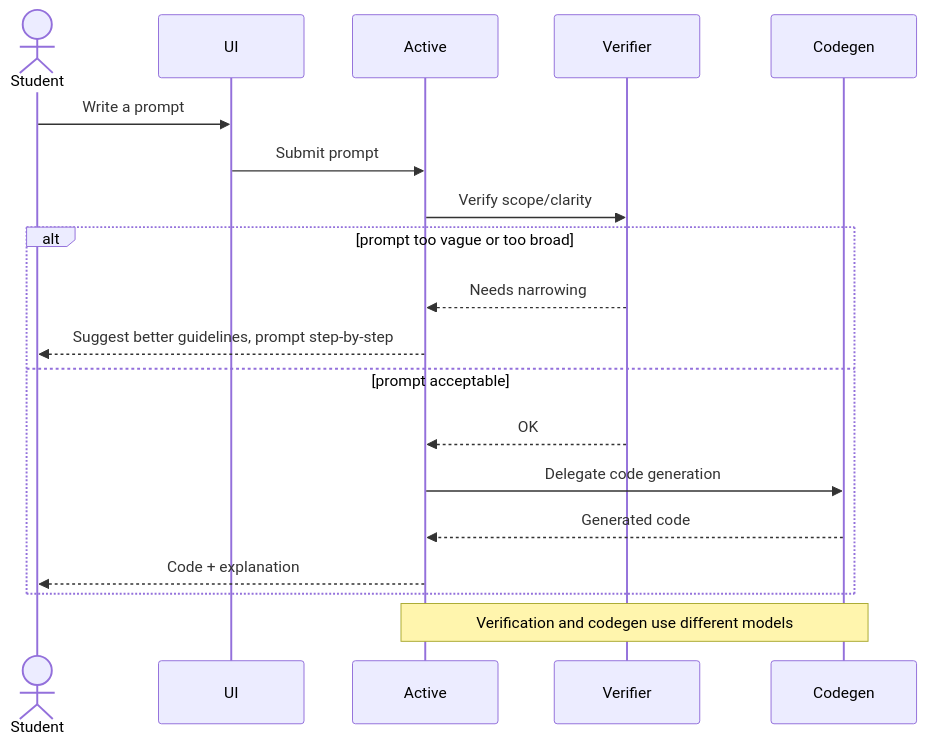
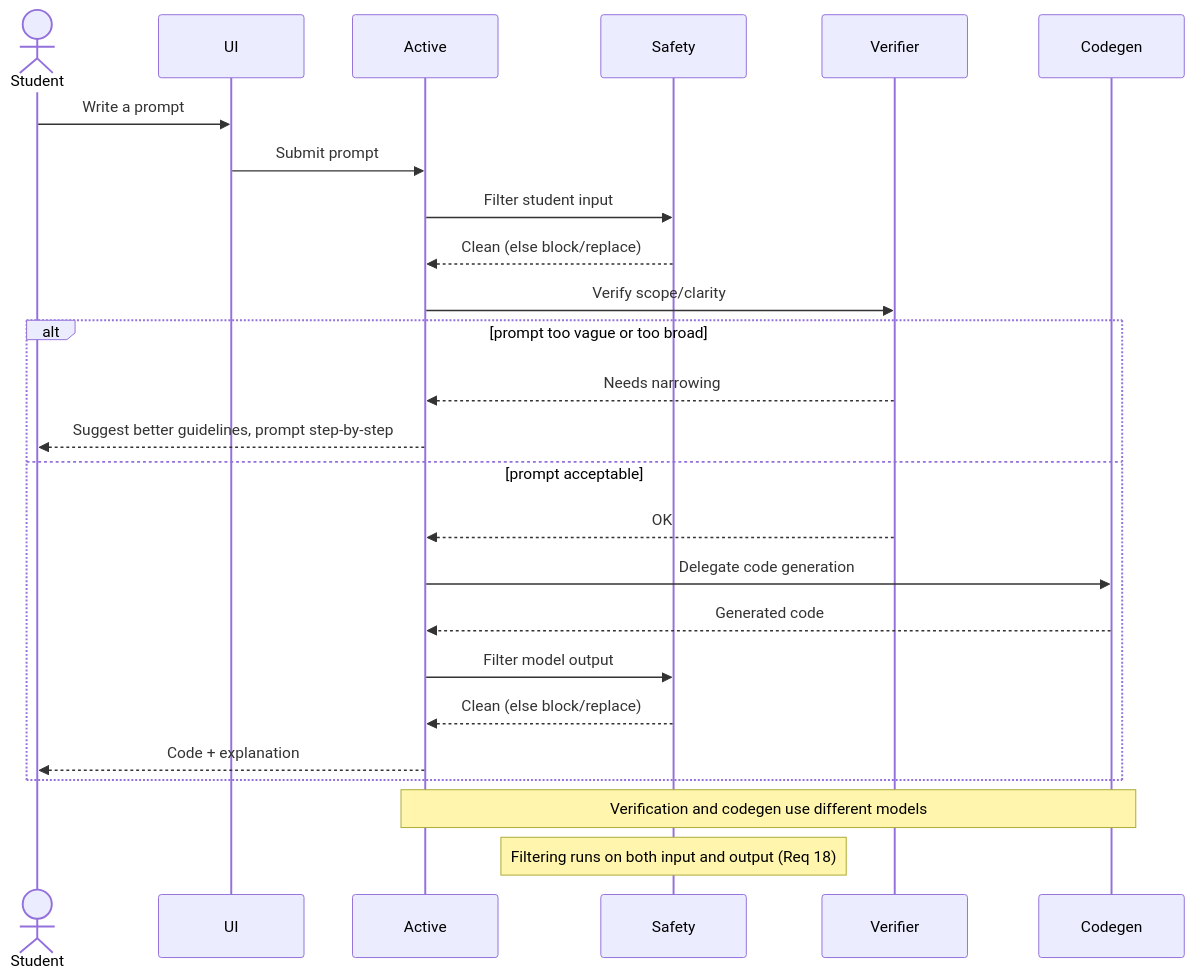
One commit to naren-chakraview/breaking-barriers-team-10-codai changed the fifth of 18 diagrams in .kiro/specs/codeai-learning-platform/sequence-diagrams.md. Above: the diagram before and after it, drawn with Mermaid. The commit also changed other lines of this file, not shown here.

Commit message:
Update sequence diagrams for safety, validation, fallback, approved routing, and reconciled reqs

````diff
--- a/.kiro/specs/codeai-learning-platform/sequence-diagrams.md
+++ b/.kiro/specs/codeai-learning-platform/sequence-diagrams.md
@@ -107,21 +117,27 @@
 ```mermaid
 sequenceDiagram
     actor Student
     participant UI
     participant Active
+    participant Safety
     participant Verifier
     participant Codegen
     Student->>UI: Write a prompt
     UI->>Active: Submit prompt
+    Active->>Safety: Filter student input
+    Safety-->>Active: Clean (else block/replace)
     Active->>Verifier: Verify scope/clarity
     alt prompt too vague or too broad
         Verifier-->>Active: Needs narrowing
         Active-->>Student: Suggest better guidelines, prompt step-by-step
     else prompt acceptable
         Verifier-->>Active: OK
         Active->>Codegen: Delegate code generation
         Codegen-->>Active: Generated code
+        Active->>Safety: Filter model output
+        Safety-->>Active: Clean (else block/replace)
         Active-->>Student: Code + explanation
     end
     Note over Active,Codegen: Verification and codegen use different models
+    Note over Safety: Filtering runs on both input and output (Req 18)
 ```
````
